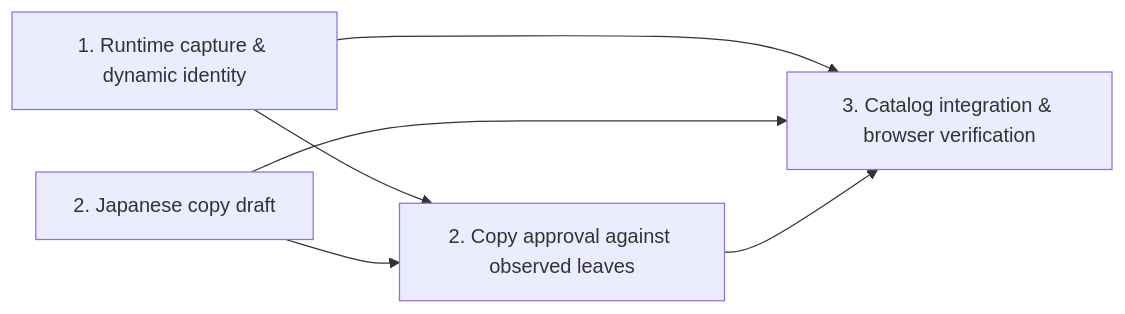
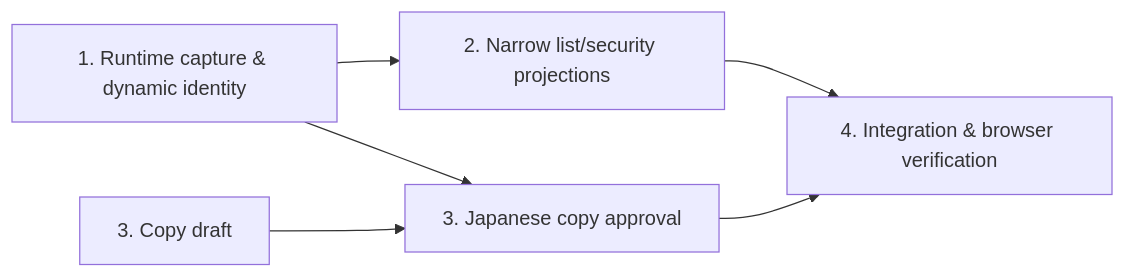
One commit to 5gmt/mind-forever-voyaging changed the diagram in docs/issue-29-next-milestone-design.md. Above: the diagram before and after it, drawn with Mermaid. The commit also changed other lines of this file and 1 other file, not shown here.

````diff
--- a/docs/issue-29-next-milestone-design.md
+++ b/docs/issue-29-next-milestone-design.md
@@ -65,8 +72,8 @@
 ```mermaid
 graph LR
-  A[1. Runtime capture & dynamic identity] --> C[3. Catalog integration & browser verification]
-  B[2. Japanese copy draft] --> C
-  A --> B2[2. Copy approval against observed leaves]
-  B --> B2
-  B2 --> C
+  A[1. Runtime capture & dynamic identity] --> B[2. Narrow list/security projections]
+  A --> C[3. Japanese copy approval]
+  D[3. Copy draft] --> C
+  B --> E[4. Integration & browser verification]
+  C --> E
 ```
````
